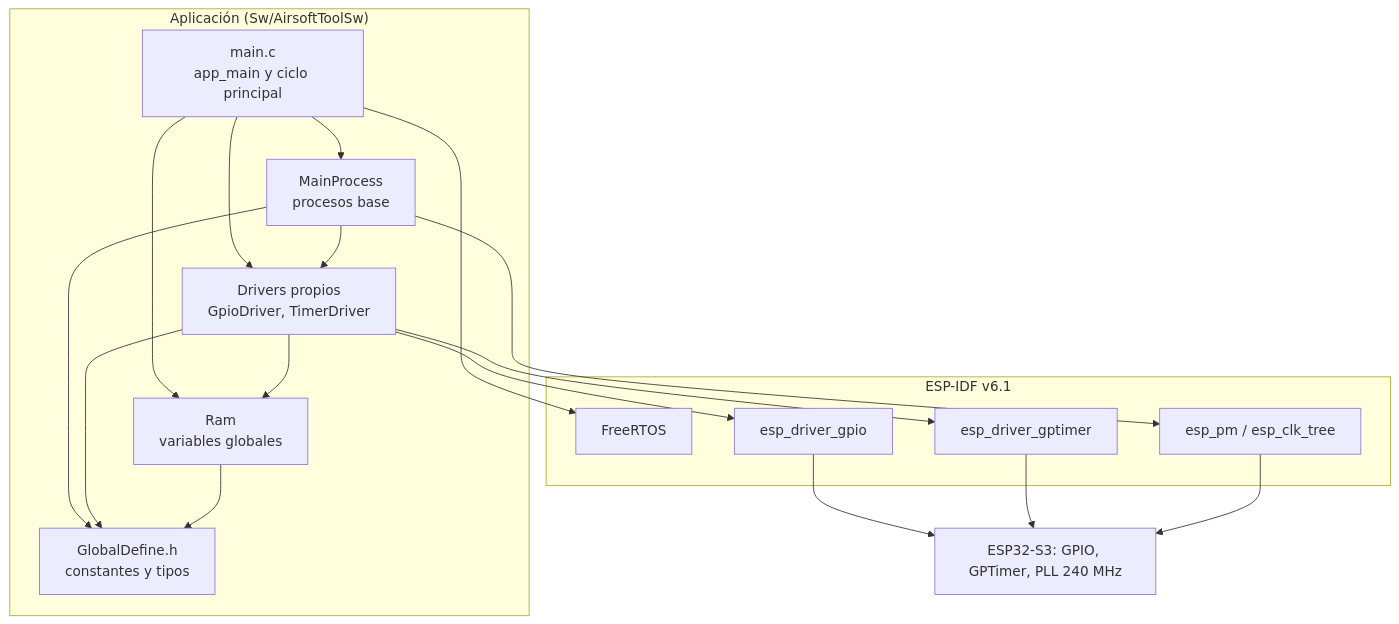
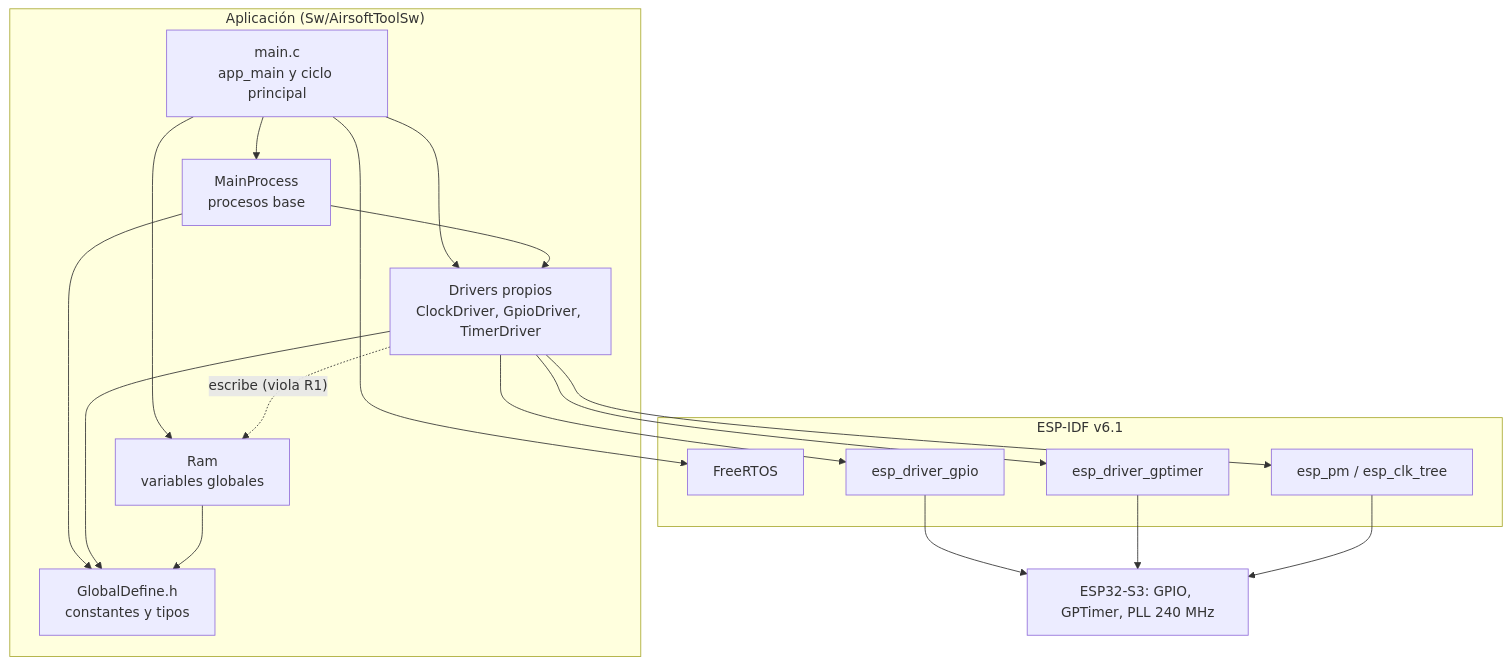
The first of 6 diagrams in Sw/README.md (rodgutzal/Airsoft-MultipurposeGameModeTool), drawn with Mermaid before and after one commit. The commit also changed other lines of this file and 7 other files, not shown here.

Commit message:
Agregar documento de arquitectura y mover el reloj a ClockDriver

````diff
--- a/Sw/README.md
+++ b/Sw/README.md
@@ -11,32 +11,32 @@
 ```mermaid
 flowchart TB
   subgraph APP["Aplicación (Sw/AirsoftToolSw)"]
     MAIN["main.c<br/>app_main y ciclo principal"]
     MP["MainProcess<br/>procesos base"]
     RAM["Ram<br/>variables globales"]
-    DRV["Drivers propios<br/>GpioDriver, TimerDriver"]
+    DRV["Drivers propios<br/>ClockDriver, GpioDriver, TimerDriver"]
     GD["GlobalDefine.h<br/>constantes y tipos"]
   end
   subgraph IDF["ESP-IDF v6.1"]
     FR["FreeRTOS"]
     GPIO["esp_driver_gpio"]
     GPT["esp_driver_gptimer"]
     PM["esp_pm / esp_clk_tree"]
   end
   HW["ESP32-S3: GPIO, GPTimer, PLL 240 MHz"]
   MAIN --> MP
   MAIN --> RAM
   MAIN --> DRV
   MP --> DRV
-  DRV --> RAM
+  DRV -. "escribe (viola R1)" .-> RAM
   MP --> GD
   DRV --> GD
   RAM --> GD
-  MP --> PM
+  DRV --> PM
   DRV --> GPIO
   DRV --> GPT
   MAIN --> FR
   GPIO --> HW
   GPT --> HW
   PM --> HW
 ```
````
